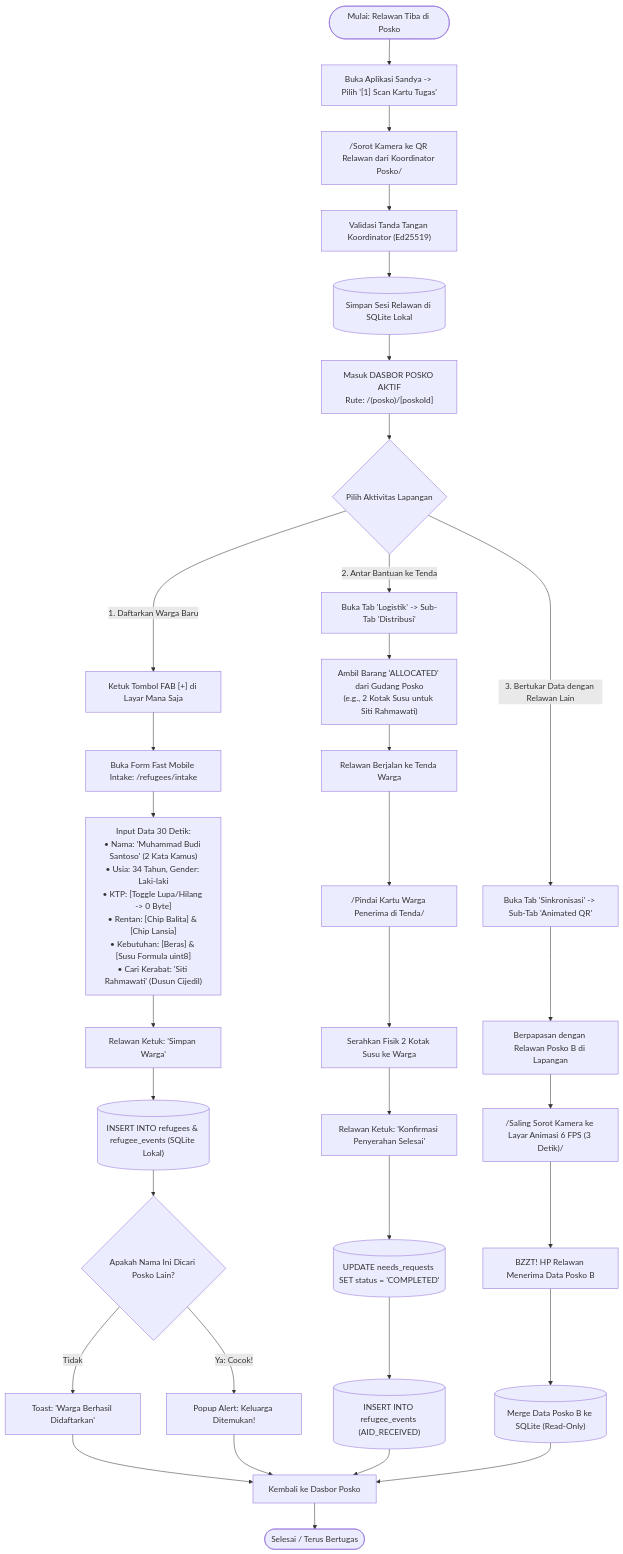
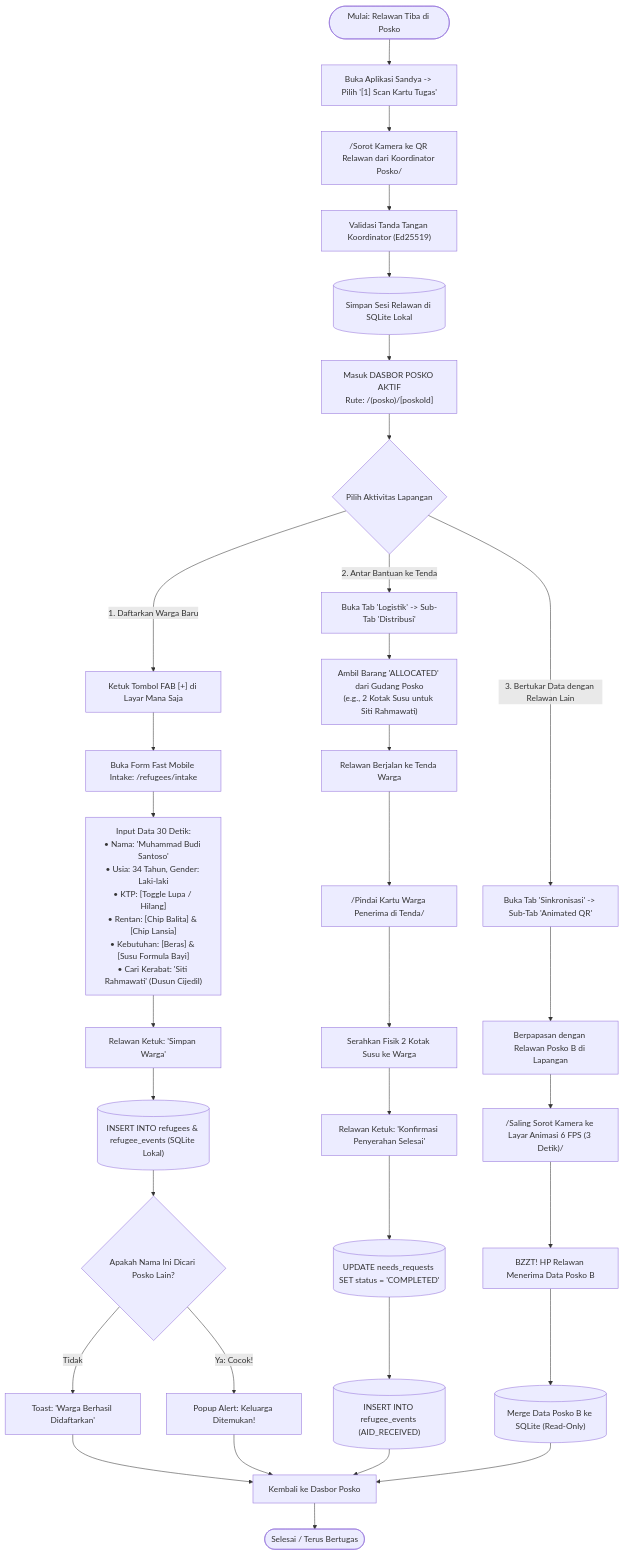
One commit to untacorp/sandya changed the second of 2 diagrams in docs/userflow/roles/06-relawan-lapangan.md. Above: the diagram before and after it, drawn with Mermaid. The commit also changed other lines of this file and 82 other files, not shown here.

````diff
--- a/docs/userflow/roles/06-relawan-lapangan.md
+++ b/docs/userflow/roles/06-relawan-lapangan.md
@@ -59,46 +59,46 @@
 ```mermaid
 flowchart TD
   Start(["Mulai: Relawan Tiba di Posko"]) --> OpenApp["Buka Aplikasi Sandya -> Pilih '[1] Scan Kartu Tugas'"]
   
   OpenApp --> ScanVolunteerPass["/Sorot Kamera ke QR Relawan dari Koordinator Posko/"]
   ScanVolunteerPass --> VerifyVolunteerSig["Validasi Tanda Tangan Koordinator (Ed25519)"]
   
   VerifyVolunteerSig --> SaveVolSession[("Simpan Sesi Relawan di SQLite Lokal")]
   SaveVolSession --> OpenPoskoDashboard["Masuk DASBOR POSKO AKTIF<br/>Rute: /(posko)/[poskoId]"]
   
   %% TIGA AKTIVITAS UTAMA RELAWAN LAPANGAN
   OpenPoskoDashboard --> VolunteerChoice{"Pilih Aktivitas Lapangan"}
   
   %% AKTIVITAS A: FAST MOBILE INTAKE 30s
   VolunteerChoice -->|"1. Daftarkan Warga Baru"| TapFAB["Ketuk Tombol FAB [+] di Layar Mana Saja"]
   TapFAB --> OpenFastIntakeForm["Buka Form Fast Mobile Intake: /refugees/intake"]
-  OpenFastIntakeForm --> FillIntakeData["Input Data 30 Detik:<br/>• Nama: 'Muhammad Budi Santoso' (2 Kata Kamus)<br/>• Usia: 34 Tahun, Gender: Laki-laki<br/>• KTP: [Toggle Lupa/Hilang -> 0 Byte]<br/>• Rentan: [Chip Balita] & [Chip Lansia]<br/>• Kebutuhan: [Beras] & [Susu Formula uint8]<br/>• Cari Kerabat: 'Siti Rahmawati' (Dusun Cijedil)"]
+  OpenFastIntakeForm --> FillIntakeData["Input Data 30 Detik:<br/>• Nama: 'Muhammad Budi Santoso'<br/>• Usia: 34 Tahun, Gender: Laki-laki<br/>• KTP: [Toggle Lupa / Hilang]<br/>• Rentan: [Chip Balita] & [Chip Lansia]<br/>• Kebutuhan: [Beras] & [Susu Formula Bayi]<br/>• Cari Kerabat: 'Siti Rahmawati' (Dusun Cijedil)"]
   FillIntakeData --> TapSaveIntake["Relawan Ketuk: 'Simpan Warga'"]
   TapSaveIntake --> SaveRefugeeDB[("INSERT INTO refugees & refugee_events (SQLite Lokal)")]
   SaveRefugeeDB --> CheckLocalReunion{"Apakah Nama Ini Dicari Posko Lain?"}
   CheckLocalReunion -->|Ya: Cocok!| AlertReunionPopup[" Popup Alert: Keluarga Ditemukan!"]
   CheckLocalReunion -->|Tidak| ToastIntakeSuccess["Toast: 'Warga Berhasil Didaftarkan'"]
   
   %% AKTIVITAS B: SERAHKAN BANTUAN DI TENDA (RUNNER)
   VolunteerChoice -->|"2. Antar Bantuan ke Tenda"| OpenDistributeTab["Buka Tab 'Logistik' -> Sub-Tab 'Distribusi'"]
   OpenDistributeTab --> TakeAllocatedAid["Ambil Barang 'ALLOCATED' dari Gudang Posko<br/>(e.g., 2 Kotak Susu untuk Siti Rahmawati)"]
   TakeAllocatedAid --> GoToTent["Relawan Berjalan ke Tenda Warga"]
   GoToTent --> ScanRefugeeCard["/Pindai Kartu Warga Penerima di Tenda/"]
   ScanRefugeeCard --> HandoverPhysical["Serahkan Fisik 2 Kotak Susu ke Warga"]
   HandoverPhysical --> TapConfirmDelivery["Relawan Ketuk: 'Konfirmasi Penyerahan Selesai'"]
   TapConfirmDelivery --> CompleteTicketDB[("UPDATE needs_requests SET status = 'COMPLETED'")]
   CompleteTicketDB --> AppendAidEvent[("INSERT INTO refugee_events (AID_RECEIVED)")]
   
   %% AKTIVITAS C: DATA MULE SINKRONISASI P2P
   VolunteerChoice -->|"3. Bertukar Data dengan Relawan Lain"| OpenSyncLayar["Buka Tab 'Sinkronisasi' -> Sub-Tab 'Animated QR'"]
   OpenSyncLayar --> MeetOtherVolunteer["Berpapasan dengan Relawan Posko B di Lapangan"]
   MeetOtherVolunteer --> SalingScanHP["/Saling Sorot Kamera ke Layar Animasi 6 FPS (3 Detik)/"]
   SalingScanHP --> ReceiveDeltaPoskoB[" BZZT! HP Relawan Menerima Data Posko B"]
   ReceiveDeltaPoskoB --> MergeDB[("Merge Data Posko B ke SQLite (Read-Only)")]
   
   ToastIntakeSuccess --> ReturnToDashboard["Kembali ke Dasbor Posko"]
   AlertReunionPopup --> ReturnToDashboard
   AppendAidEvent --> ReturnToDashboard
   MergeDB --> ReturnToDashboard
   ReturnToDashboard --> EndState(["Selesai / Terus Bertugas"])
 ```
````
